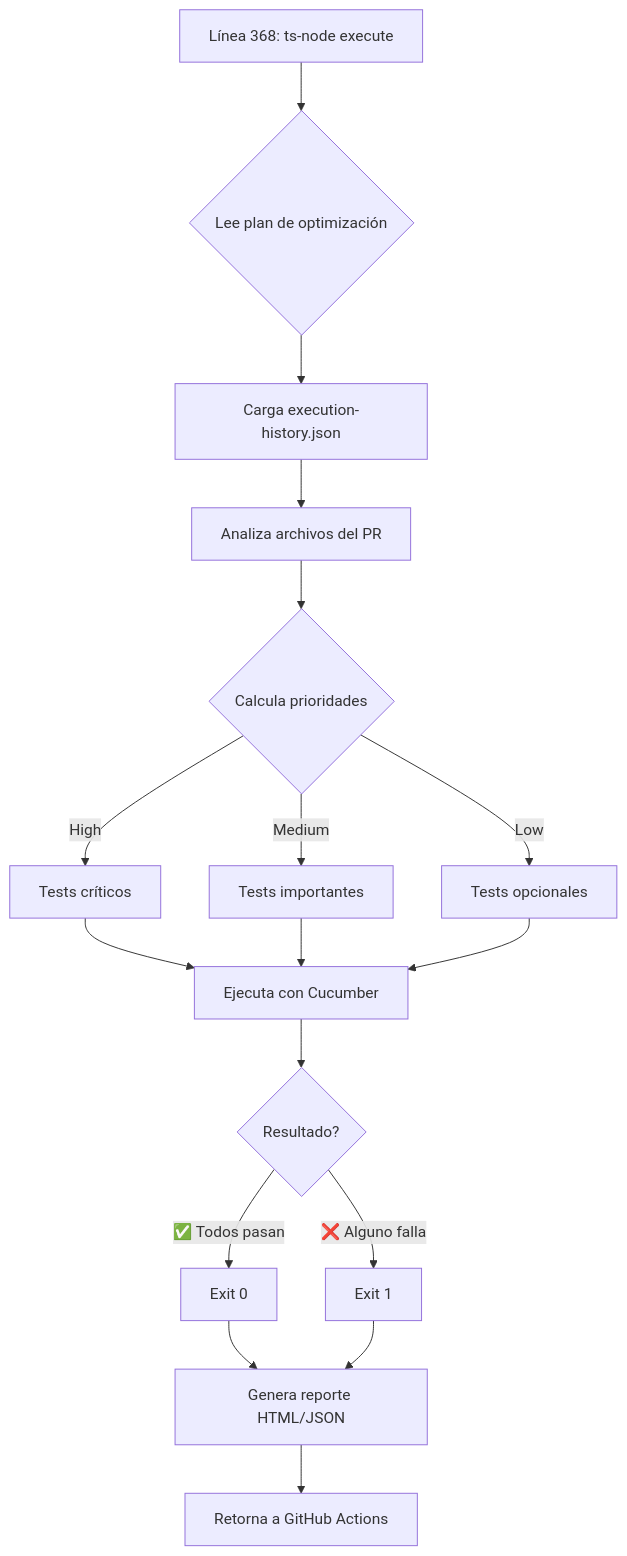
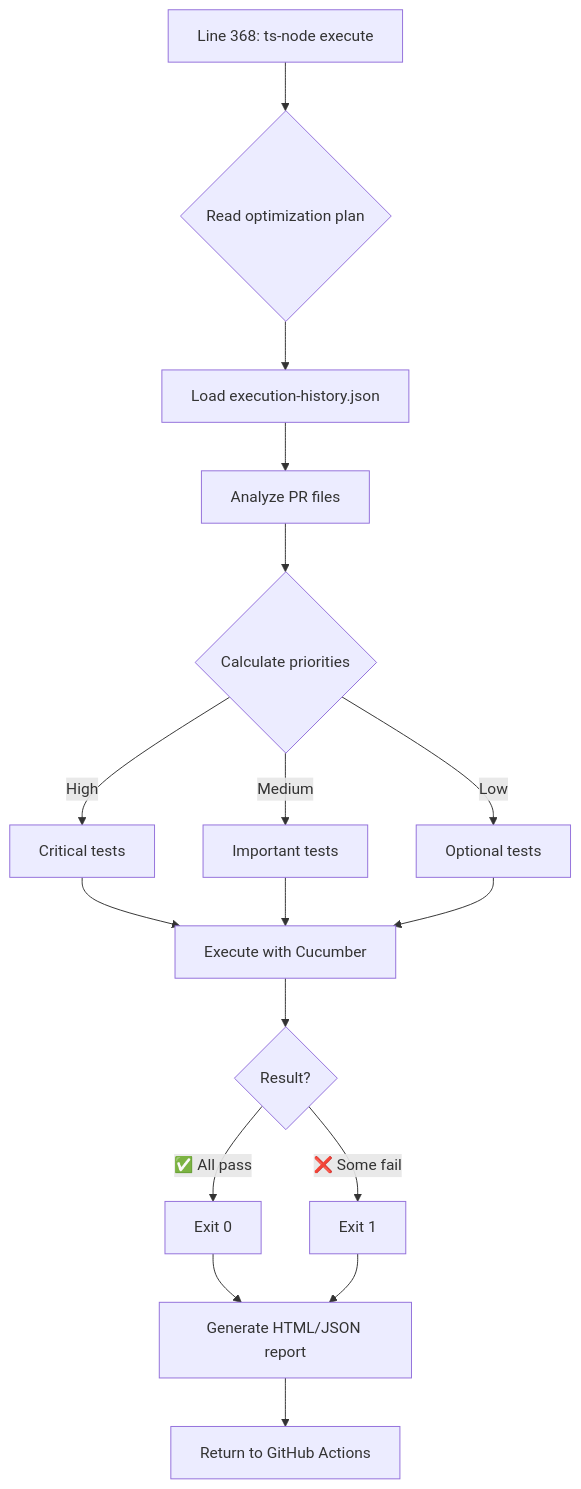
Before and after one commit to MiguelDiazVelarde/AIInitiatives: the second of 4 diagrams in docs/diagrams/pr-validation-sequence.md, drawn with Mermaid. The commit also changed other lines of this file and 3 other files, not shown here.

````diff
--- a/docs/diagrams/pr-validation-sequence.md
+++ b/docs/diagrams/pr-validation-sequence.md
@@ -107,23 +107,23 @@
 ```mermaid
 flowchart TD
-    A[Línea 368: ts-node execute] --> B{Lee plan de optimización}
-    B --> C[Carga execution-history.json]
-    C --> D[Analiza archivos del PR]
-    D --> E{Calcula prioridades}
+    A[Line 368: ts-node execute] --> B{Read optimization plan}
+    B --> C[Load execution-history.json]
+    C --> D[Analyze PR files]
+    D --> E{Calculate priorities}
     
-    E -->|High| F[Tests críticos]
-    E -->|Medium| G[Tests importantes]
-    E -->|Low| H[Tests opcionales]
+    E -->|High| F[Critical tests]
+    E -->|Medium| G[Important tests]
+    E -->|Low| H[Optional tests]
     
-    F --> I[Ejecuta con Cucumber]
+    F --> I[Execute with Cucumber]
     G --> I
     H --> I
     
-    I --> J{Resultado?}
-    J -->|✅ Todos pasan| K[Exit 0]
-    J -->|❌ Alguno falla| L[Exit 1]
+    I --> J{Result?}
+    J -->|✅ All pass| K[Exit 0]
+    J -->|❌ Some fail| L[Exit 1]
     
-    K --> M[Genera reporte HTML/JSON]
+    K --> M[Generate HTML/JSON report]
     L --> M
-    M --> N[Retorna a GitHub Actions]
+    M --> N[Return to GitHub Actions]
 ```
````
